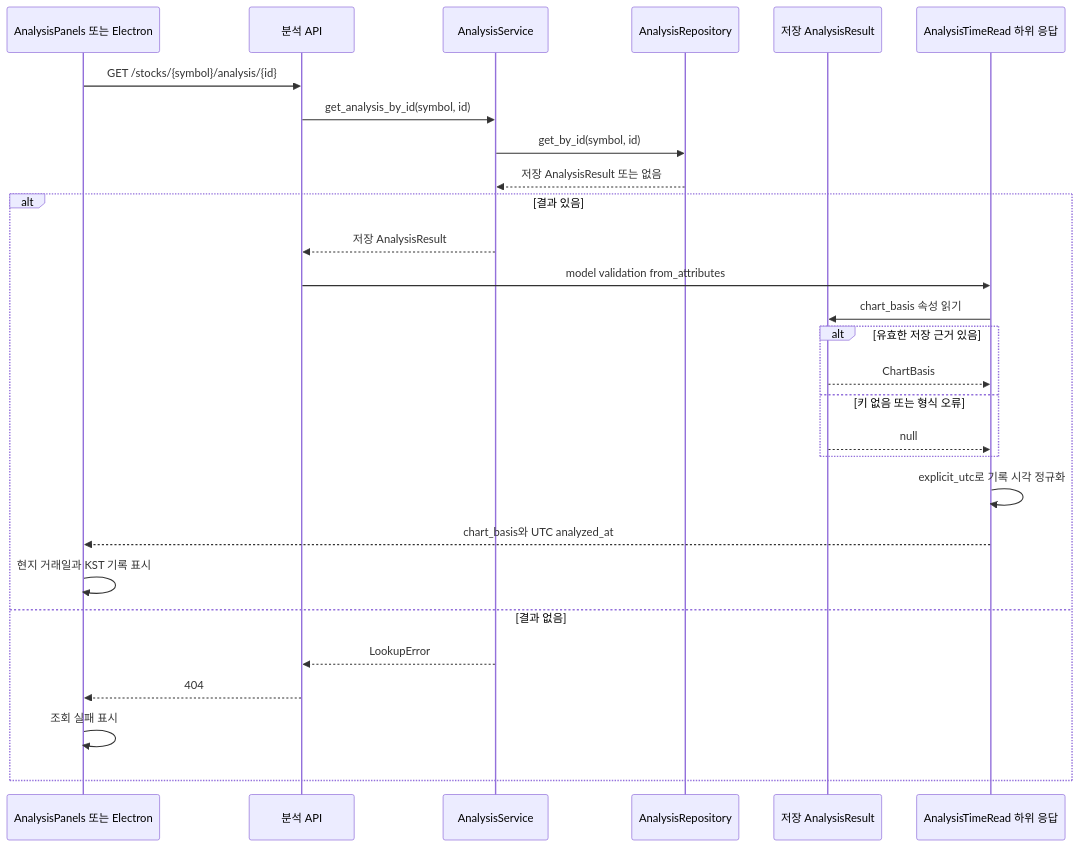
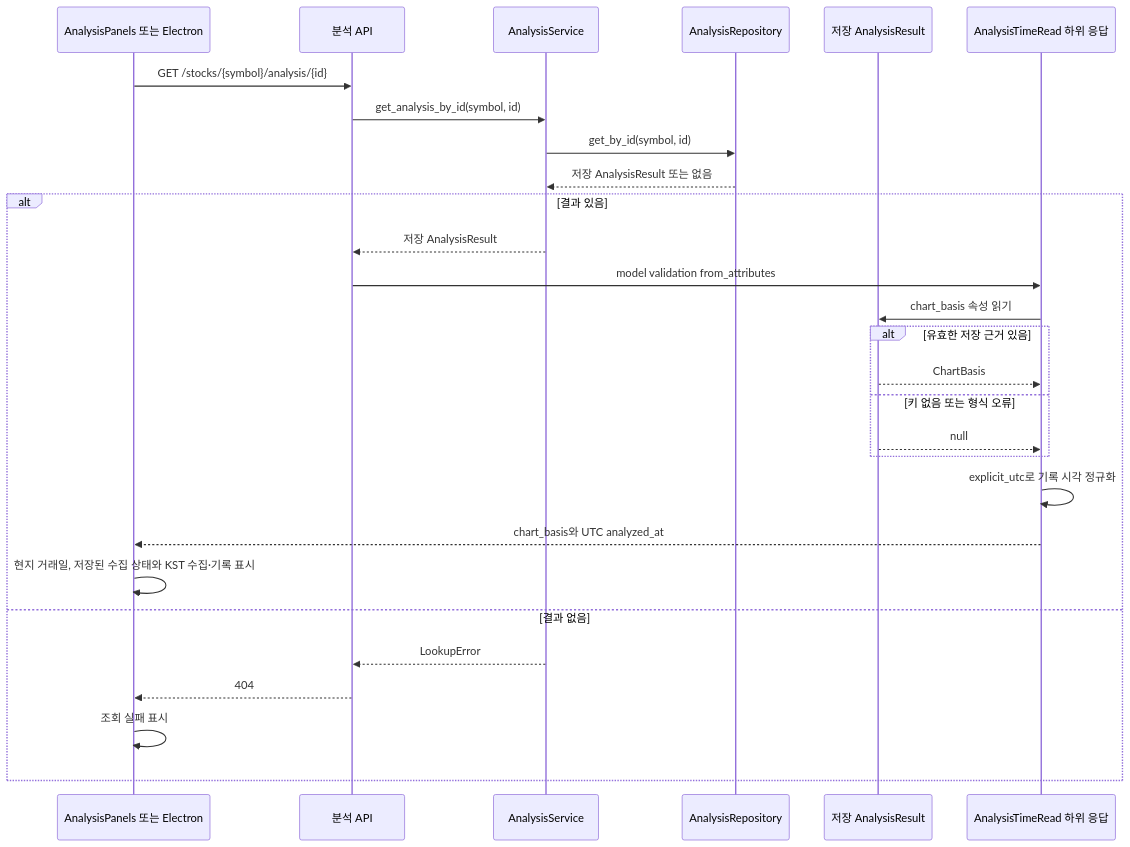
One commit to PhilPark-geosr/stock-agent changed the eighth of 8 diagrams in design/analysis_time_basis_design.md. Above: the diagram before and after it, drawn with Mermaid. The commit also changed other lines of this file and 16 other files, not shown here.

````diff
--- a/design/analysis_time_basis_design.md
+++ b/design/analysis_time_basis_design.md
@@ -278,30 +382,30 @@
 ```mermaid
 sequenceDiagram
     participant V as AnalysisPanels 또는 Electron
     participant E as 분석 API
     participant S as AnalysisService
     participant R as AnalysisRepository
     participant M as 저장 AnalysisResult
     participant T as AnalysisTimeRead 하위 응답
     V->>E: GET /stocks/{symbol}/analysis/{id}
     E->>S: get_analysis_by_id(symbol, id)
     S->>R: get_by_id(symbol, id)
     R-->>S: 저장 AnalysisResult 또는 없음
     alt 결과 있음
         S-->>E: 저장 AnalysisResult
         E->>T: model validation from_attributes
         T->>M: chart_basis 속성 읽기
         alt 유효한 저장 근거 있음
             M-->>T: ChartBasis
         else 키 없음 또는 형식 오류
             M-->>T: null
         end
         T->>T: explicit_utc로 기록 시각 정규화
         T-->>V: chart_basis와 UTC analyzed_at
-        V->>V: 현지 거래일과 KST 기록 표시
+        V->>V: 현지 거래일, 저장된 수집 상태와 KST 수집·기록 표시
     else 결과 없음
         S-->>E: LookupError
         E-->>V: 404
         V->>V: 조회 실패 표시
     end
 ```
````
